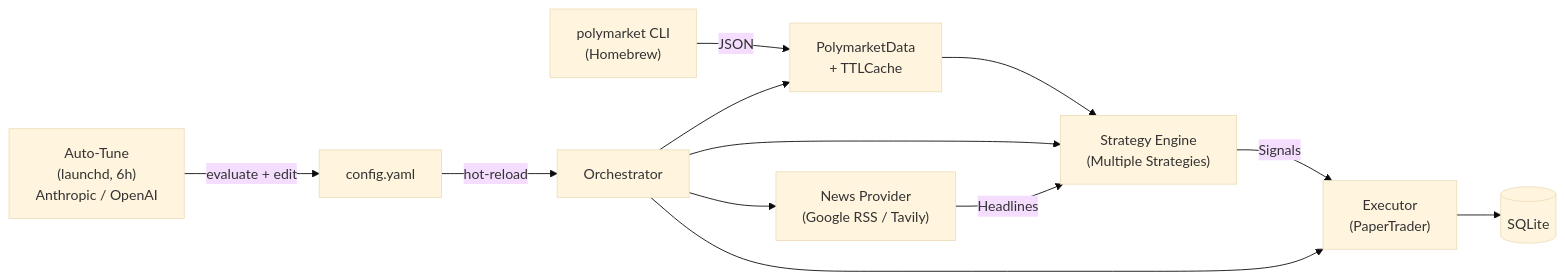
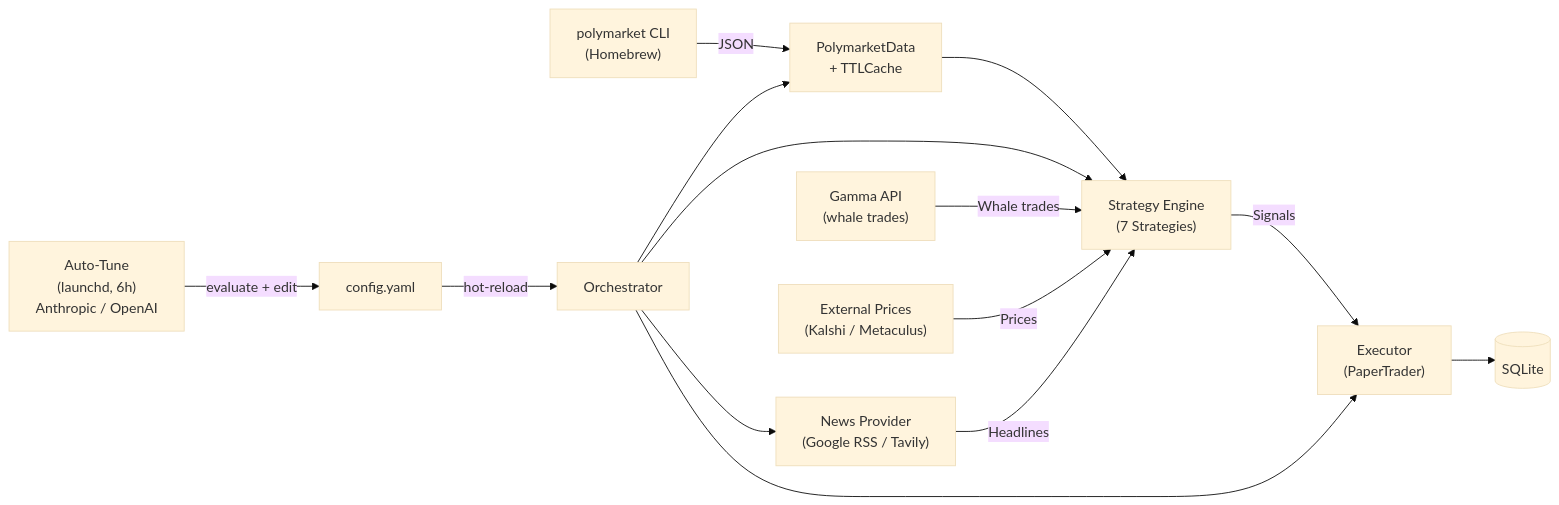
One commit to pharrellyhy/polymarket-agent changed the diagram in README.md. Above: the diagram before and after it, drawn with Mermaid (base theme). The commit also changed other lines of this file, not shown here.

First line of the commit message:
docs: update README for strategy enhancement

````diff
--- a/README.md
+++ b/README.md
@@ -29,24 +33,28 @@
 ```mermaid
 flowchart LR
     CLI["polymarket CLI<br/>(Homebrew)"]
     Data["PolymarketData<br/>+ TTLCache"]
     News["News Provider<br/>(Google RSS / Tavily)"]
-    Strat["Strategy Engine<br/>(Multiple Strategies)"]
+    Gamma["Gamma API<br/>(whale trades)"]
+    ExtPrices["External Prices<br/>(Kalshi / Metaculus)"]
+    Strat["Strategy Engine<br/>(7 Strategies)"]
     Exec["Executor<br/>(PaperTrader)"]
     DB[(SQLite)]
     Orch["Orchestrator"]
     Config["config.yaml"]
     Tune["Auto-Tune<br/>(launchd, 6h)<br/>Anthropic / OpenAI"]
 
     CLI -->|JSON| Data
     Orch --> Data
     Orch --> Strat
     Orch --> News
     Orch --> Exec
     Data --> Strat
     News -->|Headlines| Strat
+    Gamma -->|Whale trades| Strat
+    ExtPrices -->|Prices| Strat
     Strat -->|Signals| Exec
     Exec --> DB
     Config -->|hot-reload| Orch
     Tune -->|evaluate + edit| Config
 ```
````
